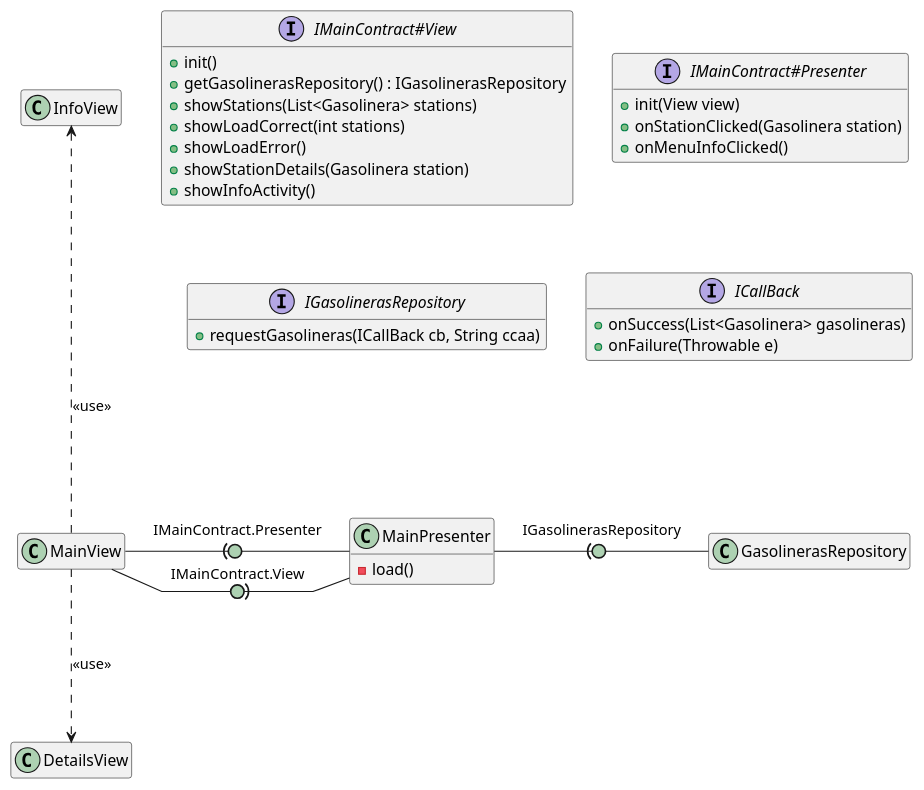
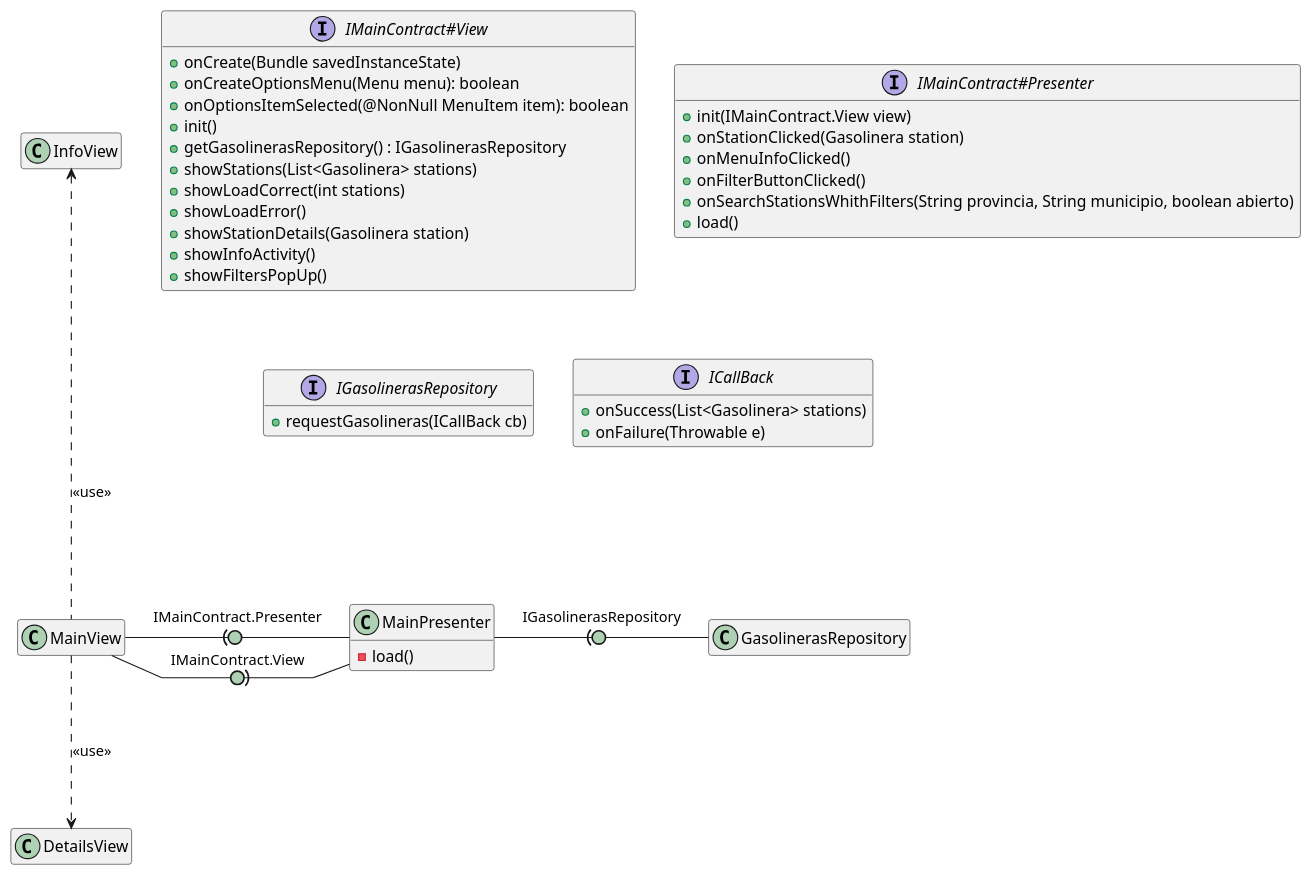
Before and after one commit to isunican/App-Gasolineras-Grupo5: the diagram in Docs/Models/architecture.puml, drawn with PlantUML. The commit also changed 1 other file, not shown here.

```diff
--- a/Docs/Models/architecture.puml
+++ b/Docs/Models/architecture.puml
@@ -1,44 +1,51 @@
 @startuml clases
 
 hide empty members
 skinparam linetype polyline
 skinparam arrowLollipopColor #ADD1B2
 
 MainView -right(0- MainPresenter : IMainContract.Presenter
 MainView -right0)- MainPresenter : IMainContract.View
 MainView -up..-> InfoView : <<use>>
 MainView -down..> DetailsView : <<use>>
 MainPresenter -right(0- GasolinerasRepository : IGasolinerasRepository
 
 
 class MainPresenter {
     -load()
 }
 
 interface IMainContract#View {
+    + onCreate(Bundle savedInstanceState)
+    + onCreateOptionsMenu(Menu menu): boolean
+    + onOptionsItemSelected(@NonNull MenuItem item): boolean
     + init()
     + getGasolinerasRepository() : IGasolinerasRepository
     + showStations(List<Gasolinera> stations)
     + showLoadCorrect(int stations)
     + showLoadError()
     + showStationDetails(Gasolinera station)
     + showInfoActivity()
+    + showFiltersPopUp()
 }
 
 interface IMainContract#Presenter {
-    + init(View view)
+    + init(IMainContract.View view)
     + onStationClicked(Gasolinera station)
     + onMenuInfoClicked()
-}
+    + onFilterButtonClicked()
+    + onSearchStationsWhithFilters(String provincia, String municipio, boolean abierto)
+    + load()
+    }
 
 interface IGasolinerasRepository {
-    + requestGasolineras(ICallBack cb, String ccaa)
+    + requestGasolineras(ICallBack cb)
 }
 
 interface ICallBack {
-    + onSuccess(List<Gasolinera> gasolineras)
+    + onSuccess(List<Gasolinera> stations)
     + onFailure(Throwable e)
 }
 
 
 @enduml
```
